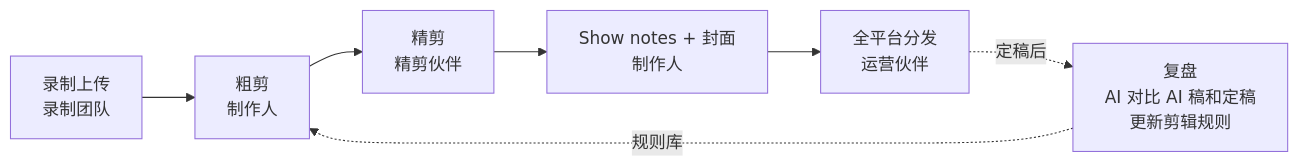
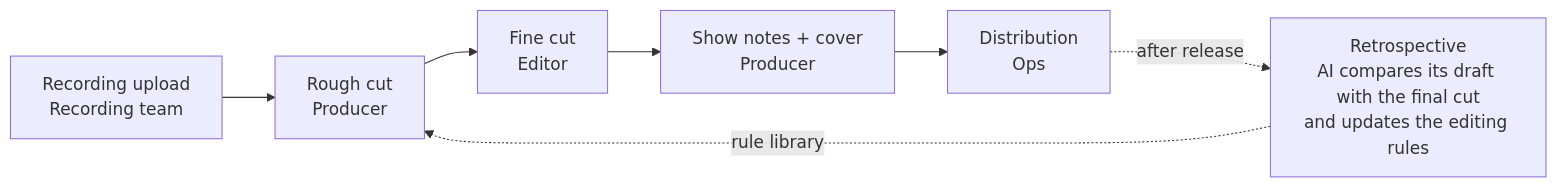
Before and after one commit to rene-wang1024/podcast-assistant: the diagram in README.md, drawn with Mermaid. The commit also changed other lines of this file and 1 other file, not shown here.

````diff
--- a/README.md
+++ b/README.md
@@ -34,9 +34,9 @@
 ```mermaid
 flowchart LR
-    A[录制上传<br/>录制团队] --> B[粗剪<br/>制作人]
-    B --> C[精剪<br/>精剪伙伴]
-    C --> D[Show notes + 封面<br/>制作人]
-    D --> E[全平台分发<br/>运营伙伴]
-    E -.定稿后.-> F[复盘<br/>AI 对比 AI 稿和定稿<br/>更新剪辑规则]
-    F -.规则库.-> B
+    A[Recording upload<br/>Recording team] --> B[Rough cut<br/>Producer]
+    B --> C[Fine cut<br/>Editor]
+    C --> D[Show notes + cover<br/>Producer]
+    D --> E[Distribution<br/>Ops]
+    E -.after release.-> F[Retrospective<br/>AI compares its draft with the final cut<br/>and updates the editing rules]
+    F -.rule library.-> B
 ```
````
